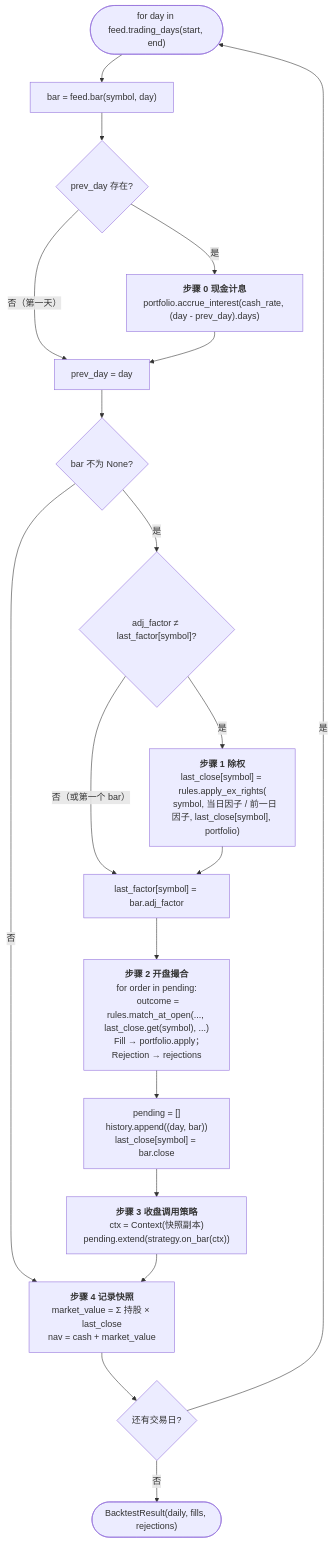
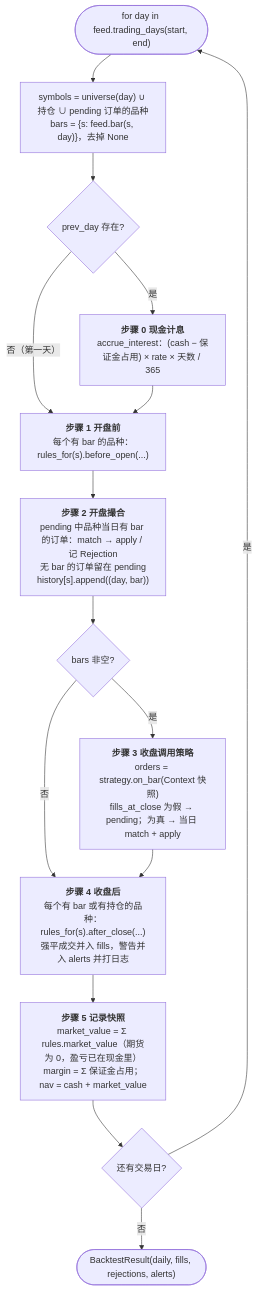
Before and after one commit to guevara12345/quant: diagram 12 of 25 in docs/code-walkthrough.md, drawn with Mermaid. The commit also changed other lines of this file and 33 other files, not shown here.

````diff
--- a/docs/code-walkthrough.md
+++ b/docs/code-walkthrough.md
@@ -558,21 +669,17 @@
 ```mermaid
 flowchart TD
-    Start(["for day in feed.trading_days(start, end)"]) --> GetBar["bar = feed.bar(symbol, day)"]
-    GetBar --> S0{"prev_day 存在?"}
-    S0 -- 是 --> Int["<b>步骤 0 现金计息</b><br/>portfolio.accrue_interest(cash_rate, (day - prev_day).days)"]
-    S0 -- 否（第一天） --> SetPrev
-    Int --> SetPrev["prev_day = day"]
-    SetPrev --> HasBar{"bar 不为 None?"}
-    HasBar -- 否 --> Snap
-    HasBar -- 是 --> X{"adj_factor ≠ last_factor[symbol]?"}
-    X -- 是 --> S1["<b>步骤 1 除权</b><br/>last_close[symbol] = rules.apply_ex_rights(<br/>  symbol, 当日因子 / 前一日因子, last_close[symbol], portfolio)"]
-    X -- 否（或第一个 bar） --> SetF
-    S1 --> SetF["last_factor[symbol] = bar.adj_factor"]
-    SetF --> S2["<b>步骤 2 开盘撮合</b><br/>for order in pending:<br/>  outcome = rules.match_at_open(..., last_close.get(symbol), ...)<br/>  Fill → portfolio.apply；Rejection → rejections"]
-    S2 --> Clear["pending = []<br/>history.append((day, bar))<br/>last_close[symbol] = bar.close"]
-    Clear --> S3["<b>步骤 3 收盘调用策略</b><br/>ctx = Context(快照副本)<br/>pending.extend(strategy.on_bar(ctx))"]
-    S3 --> Snap["<b>步骤 4 记录快照</b><br/>market_value = Σ 持股 × last_close<br/>nav = cash + market_value"]
+    Start(["for day in feed.trading_days(start, end)"]) --> Sym["symbols = universe(day) ∪ 持仓 ∪ pending 订单的品种<br/>bars = {s: feed.bar(s, day)}，去掉 None"]
+    Sym --> S0{"prev_day 存在?"}
+    S0 -- 是 --> Int["<b>步骤 0 现金计息</b><br/>accrue_interest：(cash − 保证金占用) × rate × 天数 / 365"]
+    S0 -- 否（第一天） --> S1
+    Int --> S1["<b>步骤 1 开盘前</b><br/>每个有 bar 的品种：rules_for(s).before_open(...)"]
+    S1 --> S2["<b>步骤 2 开盘撮合</b><br/>pending 中品种当日有 bar 的订单：match → apply / 记 Rejection<br/>无 bar 的订单留在 pending<br/>history[s].append((day, bar))"]
+    S2 --> HasBar{"bars 非空?"}
+    HasBar -- 否 --> S4
+    HasBar -- 是 --> S3["<b>步骤 3 收盘调用策略</b><br/>orders = strategy.on_bar(Context 快照)<br/>fills_at_close 为假 → pending；为真 → 当日 match + apply"]
+    S3 --> S4["<b>步骤 4 收盘后</b><br/>每个有 bar 或有持仓的品种：rules_for(s).after_close(...)<br/>强平成交并入 fills，警告并入 alerts 并打日志"]
+    S4 --> Snap["<b>步骤 5 记录快照</b><br/>market_value = Σ rules.market_value（期货为 0，盈亏已在现金里）<br/>margin = Σ 保证金占用；nav = cash + market_value"]
     Snap --> Next{还有交易日?}
     Next -- 是 --> Start
-    Next -- 否 --> Out(["BacktestResult(daily, fills, rejections)"])
+    Next -- 否 --> Out(["BacktestResult(daily, fills, rejections, alerts)"])
 ```
````
